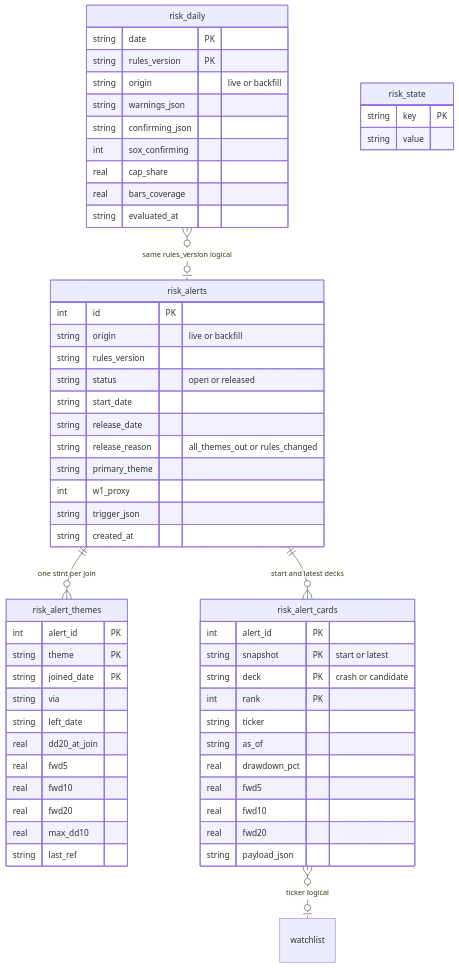
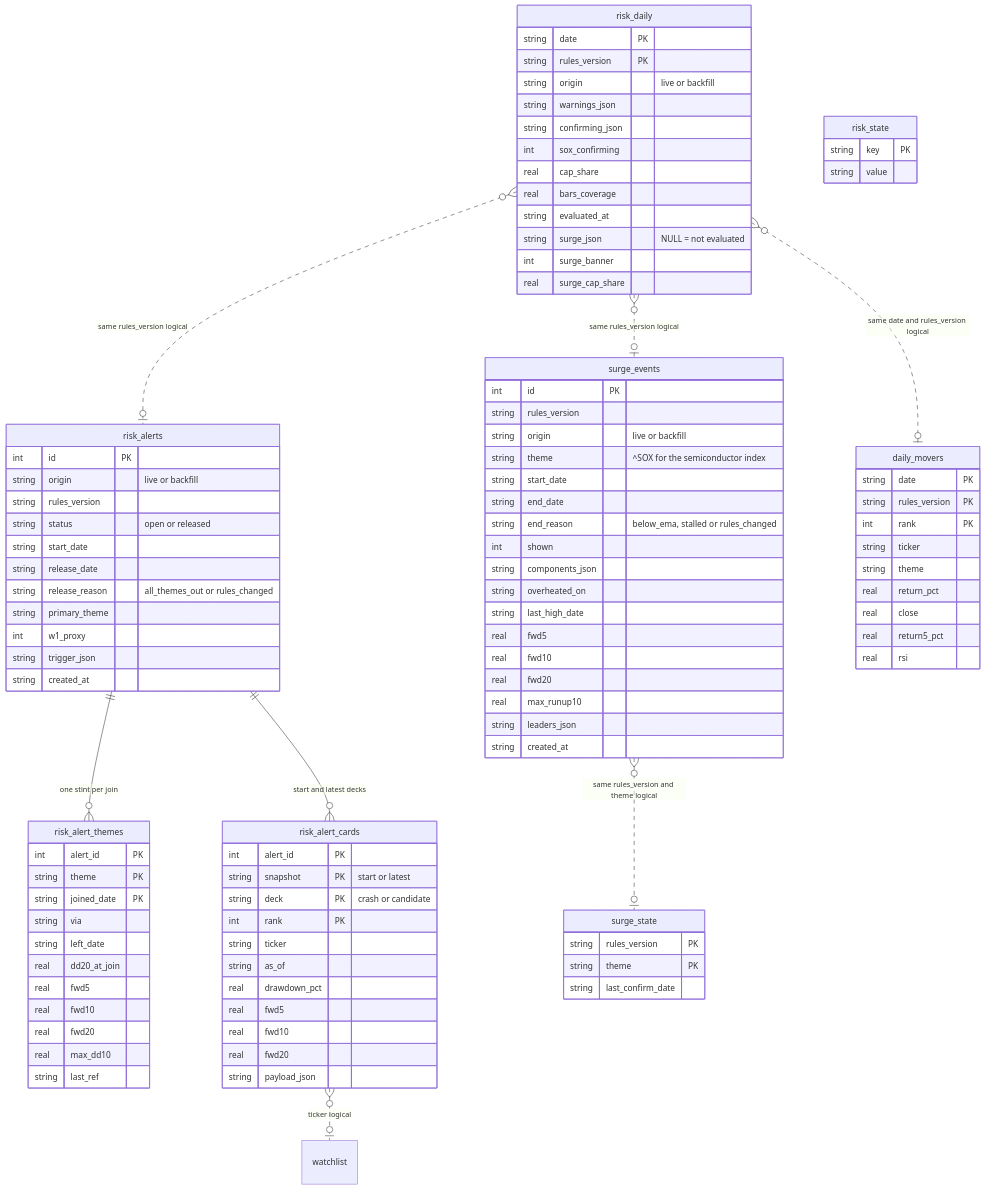
Before and after one commit to probationer070/MoneyView: the second of 3 diagrams in docs/architecture/database-relationships.md, drawn with Mermaid. The commit also changed other lines of this file and 7 other files, not shown here.

Commit message:
feat(risk): surge reproduction; docs

````diff
--- a/docs/architecture/database-relationships.md
+++ b/docs/architecture/database-relationships.md
@@ -246,6 +247,9 @@
         real cap_share
         real bars_coverage
         string evaluated_at
+        string surge_json "NULL = not evaluated"
+        int surge_banner
+        real surge_cap_share
     }
     risk_alerts {
         int id PK
@@ -290,9 +294,47 @@
         string key PK
         string value
     }
+    surge_events {
+        int id PK
+        string rules_version
+        string origin "live or backfill"
+        string theme "^SOX for the semiconductor index"
+        string start_date
+        string end_date
+        string end_reason "below_ema, stalled or rules_changed"
+        int shown
+        string components_json
+        string overheated_on
+        string last_high_date
+        real fwd5
+        real fwd10
+        real fwd20
+        real max_runup10
+        string leaders_json
+        string created_at
+    }
+    surge_state {
+        string rules_version PK
+        string theme PK
+        string last_confirm_date
+    }
+    daily_movers {
+        string date PK
+        string rules_version PK
+        int rank PK
+        string ticker
+        string theme
+        real return_pct
+        real close
+        real return5_pct
+        real rsi
+    }
 
     risk_alerts ||--o{ risk_alert_themes : "one stint per join"
     risk_alerts ||--o{ risk_alert_cards : "start and latest decks"
     risk_alert_cards }o..o| watchlist : "ticker logical"
     risk_daily }o..o| risk_alerts : "same rules_version logical"
+    risk_daily }o..o| surge_events : "same rules_version logical"
+    risk_daily }o..o| daily_movers : "same date and rules_version logical"
+    surge_events }o..o| surge_state : "same rules_version and theme logical"
 ```
````
